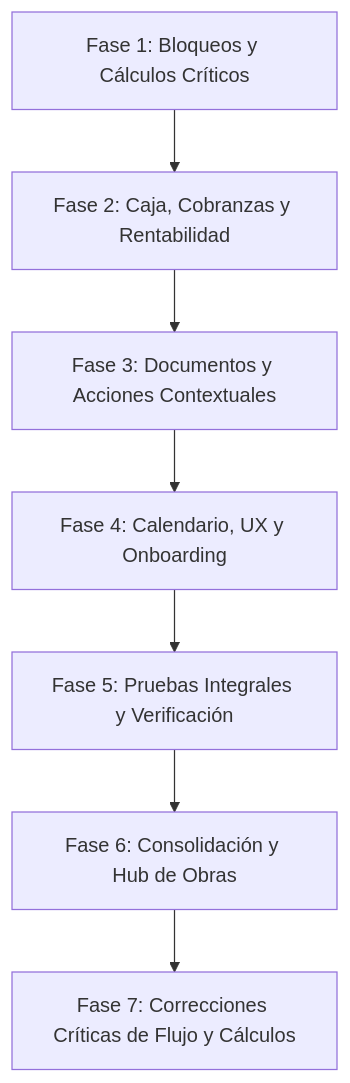
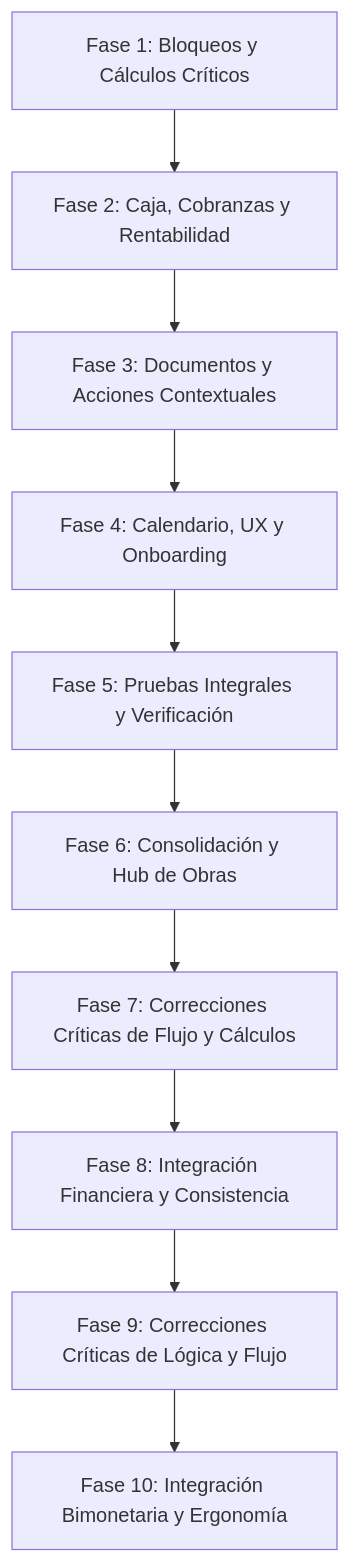
Before and after one commit to FittyAr/Certaro: the diagram in docs/plan-mejoras-flujo/01-PLAN-MAESTRO.md, drawn with Mermaid. The commit also changed other lines of this file and 2 other files, not shown here.

Commit message:
docs: agregar especificacion y checklist de fase 10

````diff
--- a/docs/plan-mejoras-flujo/01-PLAN-MAESTRO.md
+++ b/docs/plan-mejoras-flujo/01-PLAN-MAESTRO.md
@@ -53,9 +56,12 @@
 ```mermaid
 graph TD
     F1["Fase 1: Bloqueos y Cálculos Críticos"] --> F2["Fase 2: Caja, Cobranzas y Rentabilidad"]
     F2 --> F3["Fase 3: Documentos y Acciones Contextuales"]
     F3 --> F4["Fase 4: Calendario, UX y Onboarding"]
     F4 --> F5["Fase 5: Pruebas Integrales y Verificación"]
     F5 --> F6["Fase 6: Consolidación y Hub de Obras"]
     F6 --> F7["Fase 7: Correcciones Críticas de Flujo y Cálculos"]
+    F7 --> F8["Fase 8: Integración Financiera y Consistencia"]
+    F8 --> F9["Fase 9: Correcciones Críticas de Lógica y Flujo"]
+    F9 --> F10["Fase 10: Integración Bimonetaria y Ergonomía"]
 ```
````
